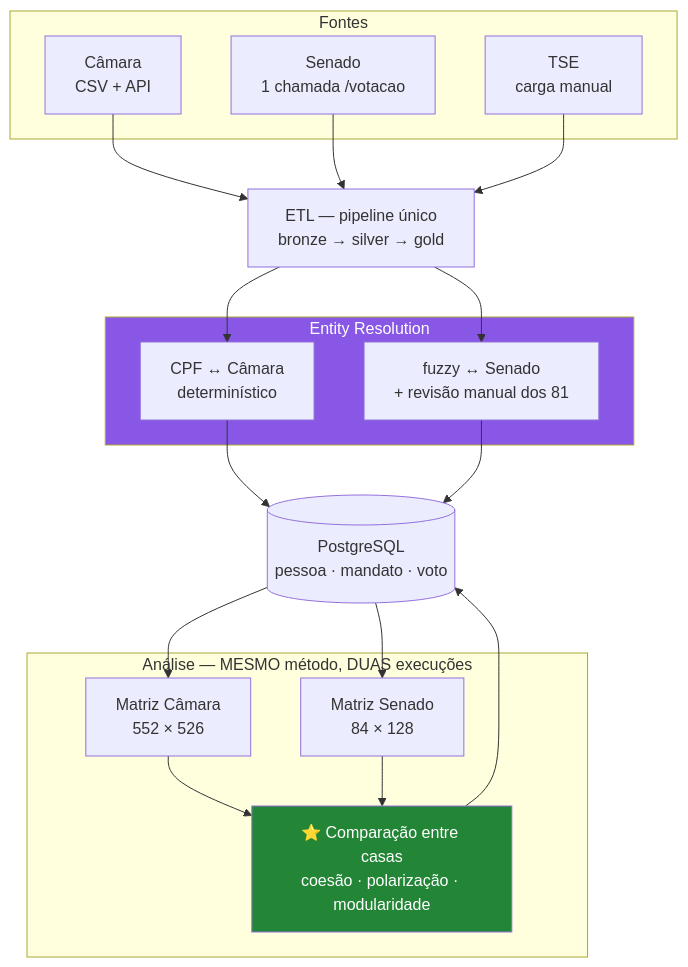
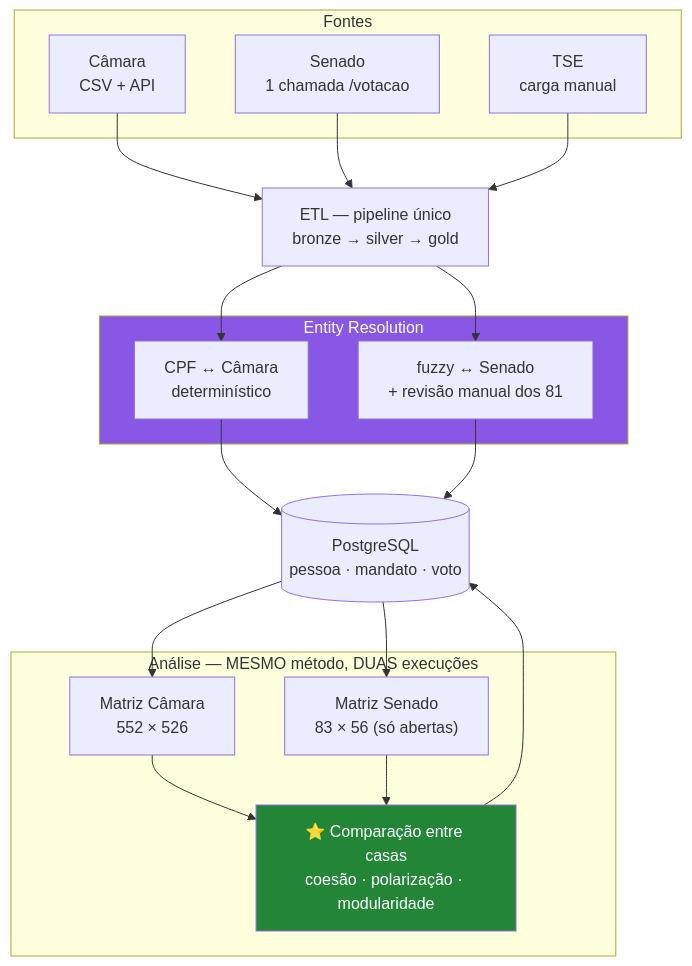
Before and after one commit to IgorLucasAssuncao/poligraph: the first of 3 diagrams in docs/arq/03-cenario-c-tres-bases.md, drawn with Mermaid. The commit also changed other lines of this file and 2 other files, not shown here.

First line of the commit message:
docs: D3 decidida — Senado entra como grafo independente (Cenário C)

````diff
--- a/docs/arq/03-cenario-c-tres-bases.md
+++ b/docs/arq/03-cenario-c-tres-bases.md
@@ -35,37 +37,37 @@
 ```mermaid
 flowchart TD
     subgraph FONTES["Fontes"]
         CAM["Câmara<br/>CSV + API"]
         TSE["TSE<br/>carga manual"]
         SEN["Senado<br/>1 chamada /votacao"]
     end
 
     ETL["ETL — pipeline único<br/>bronze → silver → gold"]
 
     subgraph ER["Entity Resolution"]
         ER1["CPF ↔ Câmara<br/>determinístico"]
         ER2["fuzzy ↔ Senado<br/>+ revisão manual dos 81"]
     end
 
     PG[("PostgreSQL<br/>pessoa · mandato · voto")]
 
     subgraph ANL["Análise — MESMO método, DUAS execuções"]
         M1["Matriz Câmara<br/>552 × 526"]
-        M2["Matriz Senado<br/>84 × 128"]
+        M2["Matriz Senado<br/>83 × 56 (só abertas)"]
         CMP["⭐ Comparação entre casas<br/>coesão · polarização · modularidade"]
         M1 --> CMP
         M2 --> CMP
     end
 
     CAM --> ETL
     SEN --> ETL
     TSE --> ETL
     ETL --> ER1 --> PG
     ETL --> ER2 --> PG
     PG --> M1
     PG --> M2
     CMP --> PG
 
     style CMP fill:#238636,color:#fff
     style ER fill:#8957e5,color:#fff
 ```
````
